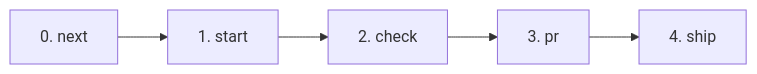
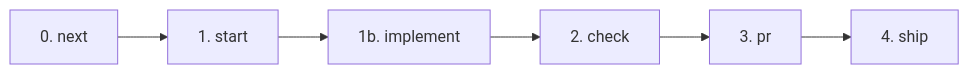
One commit to cemcakirlar/skills changed the diagram in skills/github-flow/SKILL.md. Above: the diagram before and after it, drawn with Mermaid. The commit also changed other lines of this file and 5 other files, not shown here.

````diff
--- a/skills/github-flow/SKILL.md
+++ b/skills/github-flow/SKILL.md
@@ -24,7 +24,8 @@
 ```mermaid
 flowchart LR
-    A[0. next] --> B[1. start <issue>]
-    B --> C[2. check]
-    C --> D[3. pr <issue>]
-    D --> E[4. ship <pr>]
+    A[0. next] --> B[1. start]
+    B --> C[1b. implement]
+    C --> D[2. check]
+    D --> E[3. pr]
+    E --> F[4. ship]
 ```
````
